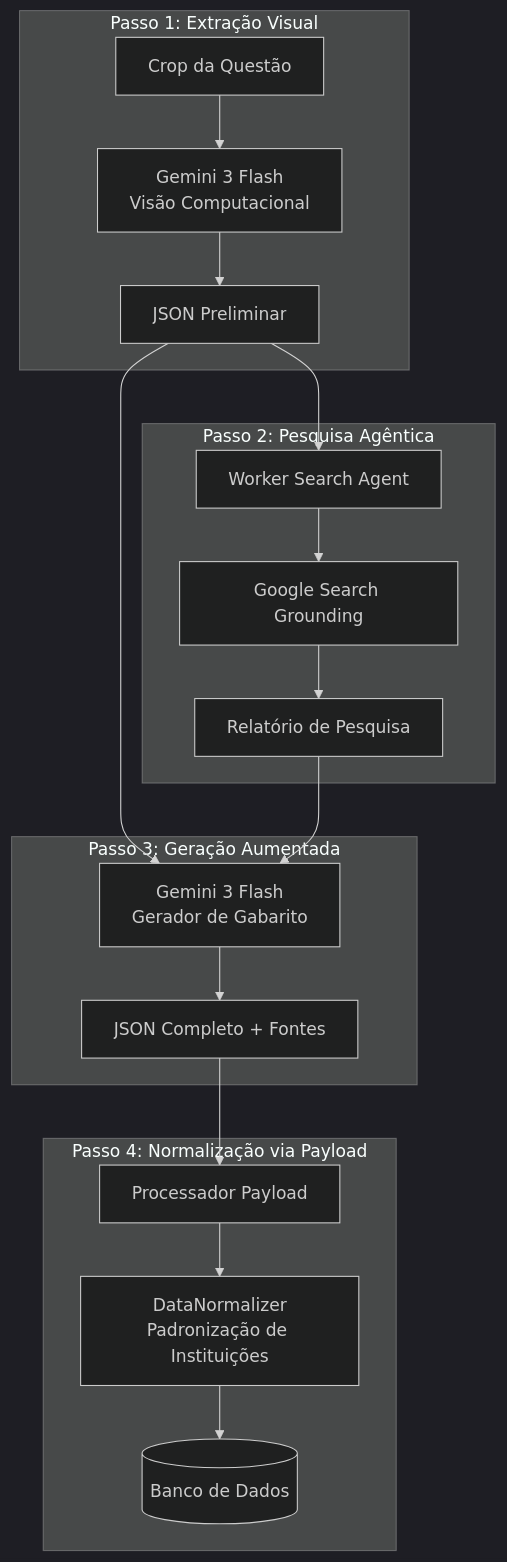
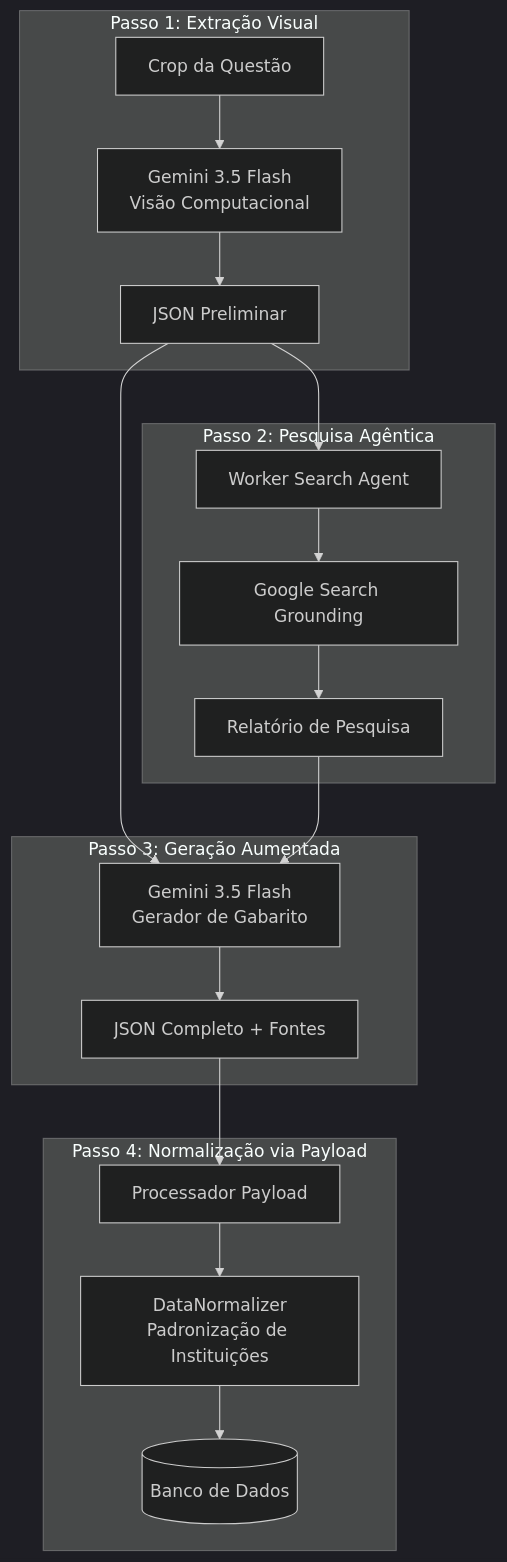
One commit to TouchRefletz/maia.edu changed the second of 3 diagrams in README.md. Above: the diagram before and after it, drawn with Mermaid (dark theme). The commit also changed other lines of this file and 9 other files, not shown here.

````diff
--- a/README.md
+++ b/README.md
@@ -103,24 +103,24 @@
 ```mermaid
 graph TD
     subgraph Passo 1: Extração Visual
-        Image[Crop da Questão] --> Extractor[Gemini 3 Flash<br>Visão Computacional]
+        Image[Crop da Questão] --> Extractor[Gemini 3.5 Flash<br>Visão Computacional]
         Extractor --> JSON_Q[JSON Preliminar]
     end
 
     subgraph Passo 2: Pesquisa Agêntica
         JSON_Q --> SearchAgent[Worker Search Agent]
         SearchAgent --> Google[Google Search Grounding]
         Google --> Report[Relatório de Pesquisa]
     end
 
     subgraph Passo 3: Geração Aumentada
-        JSON_Q & Report --> Generator[Gemini 3 Flash<br>Gerador de Gabarito]
+        JSON_Q & Report --> Generator[Gemini 3.5 Flash<br>Gerador de Gabarito]
         Generator --> JSON_Full[JSON Completo + Fontes]
     end
 
     subgraph Passo 4: Normalização via Payload
         JSON_Full --> Payload[Processador Payload]
         Payload --> Normalizer[DataNormalizer<br>Padronização de Instituições]
         Normalizer --> FinalDB[(Banco de Dados)]
     end
 ```
````
